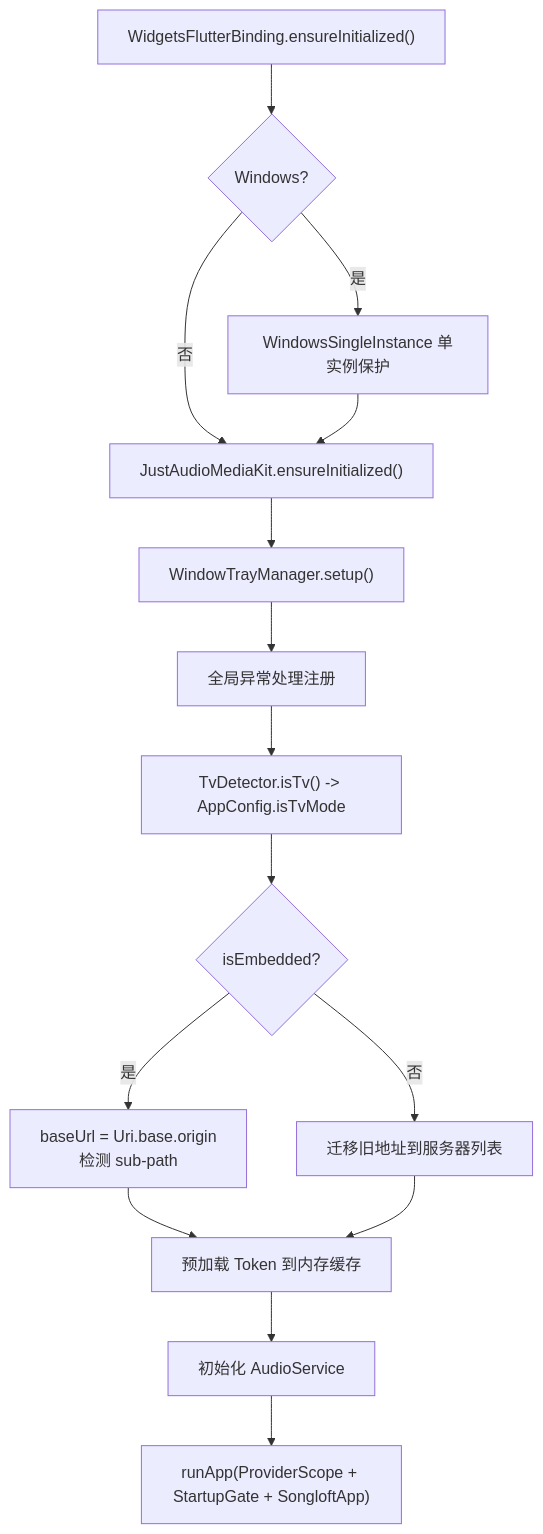
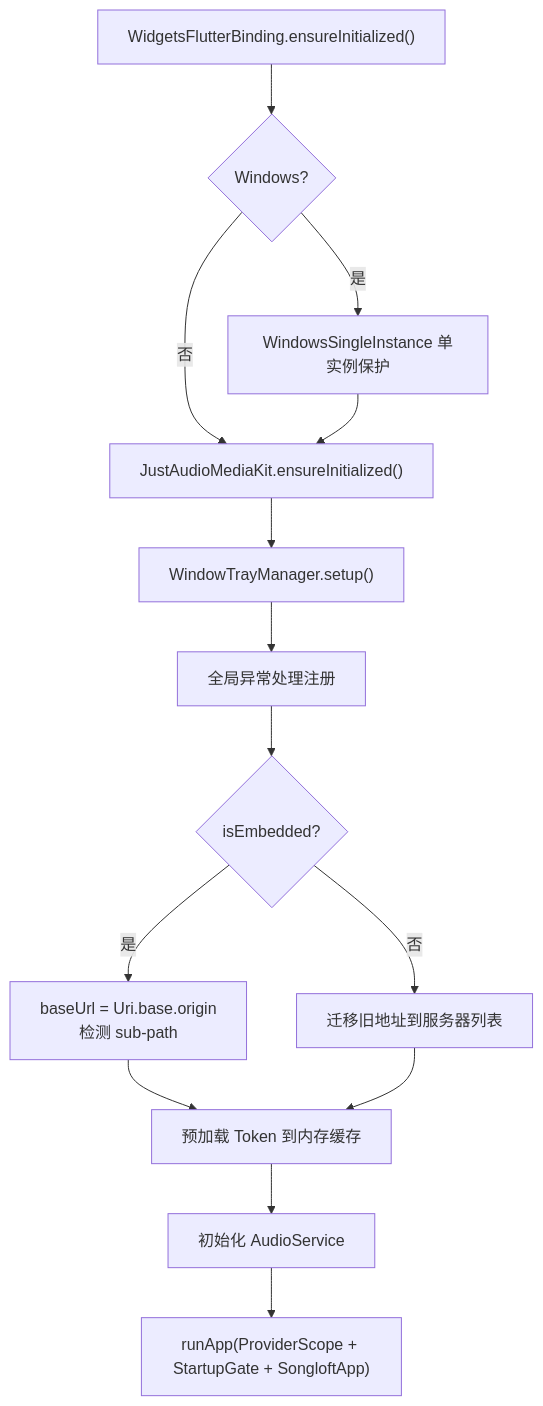
The first of 4 diagrams in docs/repowiki/前端系统设计.md (MambaOutZY/songloft-gemini), drawn with Mermaid before and after one commit. The commit also changed other lines of this file and 11 other files, not shown here.

````diff
--- a/docs/repowiki/前端系统设计.md
+++ b/docs/repowiki/前端系统设计.md
@@ -112,17 +111,16 @@
 ```mermaid
 flowchart TD
     A["WidgetsFlutterBinding.ensureInitialized()"] --> B{Windows?}
     B -- 是 --> C["WindowsSingleInstance 单实例保护"]
     B -- 否 --> D["JustAudioMediaKit.ensureInitialized()"]
     C --> D
     D --> E["WindowTrayManager.setup()"]
     E --> F["全局异常处理注册"]
-    F --> G["TvDetector.isTv() -> AppConfig.isTvMode"]
-    G --> H{isEmbedded?}
+    F --> H{isEmbedded?}
     H -- 是 --> I["baseUrl = Uri.base.origin\n检测 sub-path"]
     H -- 否 --> J["迁移旧地址到服务器列表"]
     I --> K["预加载 Token 到内存缓存"]
     J --> K
     K --> L["初始化 AudioService"]
     L --> M["runApp(ProviderScope + StartupGate + SongloftApp)"]
 ```
````
